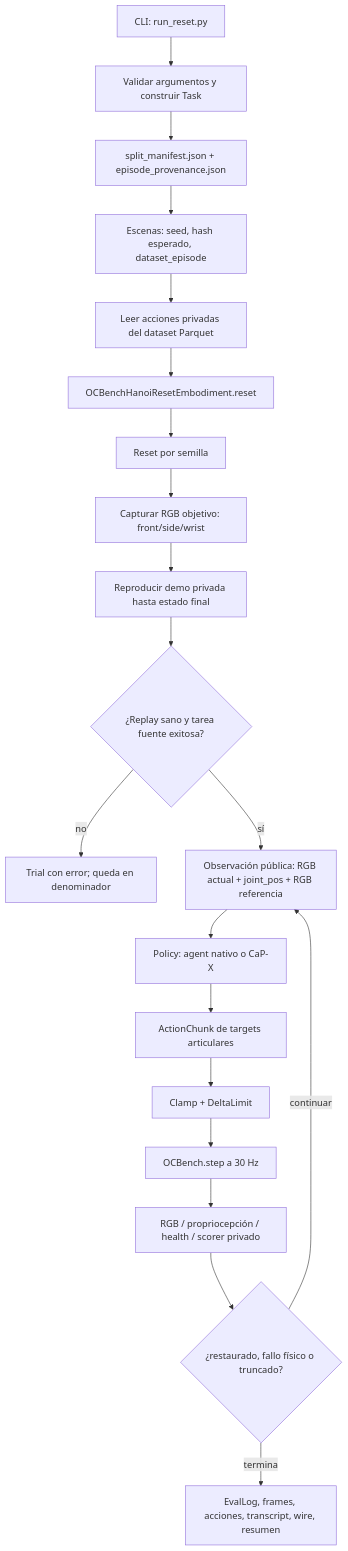
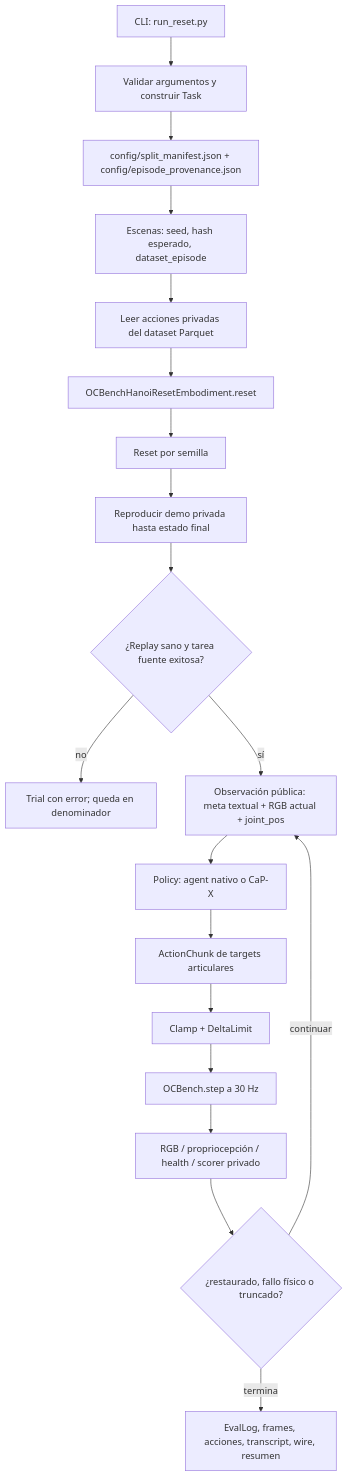
Before and after one commit to Luigidu45/inspect-robots: the first of 2 diagrams in experiments/capx_hanoi/AGENTIC_RESET_WORKFLOW.md, drawn with Mermaid. The commit also changed other lines of this file and 26 other files, not shown here.

````diff
--- a/experiments/capx_hanoi/AGENTIC_RESET_WORKFLOW.md
+++ b/experiments/capx_hanoi/AGENTIC_RESET_WORKFLOW.md
@@ -111,22 +117,21 @@
 ```mermaid
 flowchart TD
     A[CLI: run_reset.py] --> B[Validar argumentos y construir Task]
-    B --> C[split_manifest.json + episode_provenance.json]
+    B --> C[config/split_manifest.json + config/episode_provenance.json]
     C --> D[Escenas: seed, hash esperado, dataset_episode]
     D --> E[Leer acciones privadas del dataset Parquet]
     E --> F[OCBenchHanoiResetEmbodiment.reset]
     F --> F1[Reset por semilla]
-    F1 --> F2[Capturar RGB objetivo: front/side/wrist]
-    F2 --> F3[Reproducir demo privada hasta estado final]
-    F3 --> G{¿Replay sano y tarea fuente exitosa?}
+    F1 --> F2[Reproducir demo privada hasta estado final]
+    F2 --> G{¿Replay sano y tarea fuente exitosa?}
     G -- no --> X[Trial con error; queda en denominador]
-    G -- sí --> H[Observación pública: RGB actual + joint_pos + RGB referencia]
+    G -- sí --> H[Observación pública: meta textual + RGB actual + joint_pos]
     H --> I[Policy: agent nativo o CaP-X]
     I --> J[ActionChunk de targets articulares]
     J --> K[Clamp + DeltaLimit]
     K --> L[OCBench.step a 30 Hz]
     L --> M[RGB / propriocepción / health / scorer privado]
     M --> N{¿restaurado, fallo físico o truncado?}
     N -- continuar --> H
     N -- termina --> O[EvalLog, frames, acciones, transcript, wire, resumen]
 ```
````
